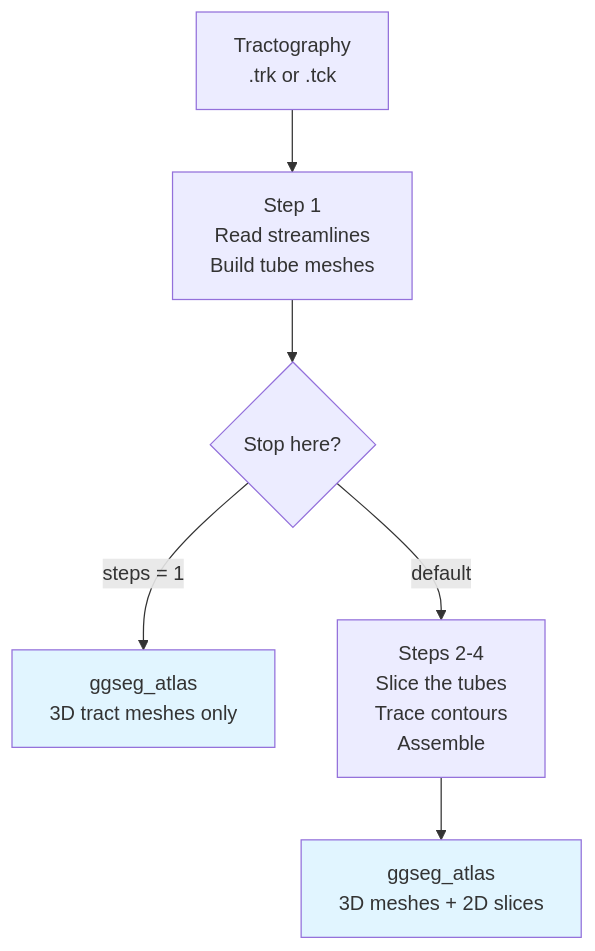
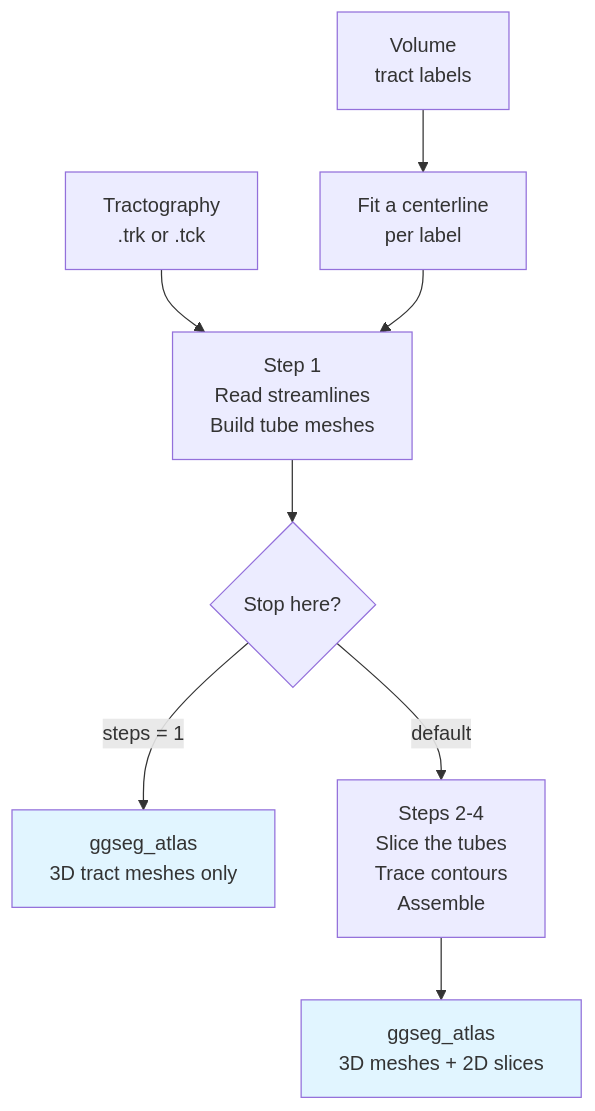
One commit to ggsegverse/ggseg.extra changed the fifth of 6 diagrams in articles/atlas-workflows.md. Above: the diagram before and after it, drawn with Mermaid. The commit also changed other lines of this file and 88 other files, not shown here.

````diff
--- a/articles/atlas-workflows.md
+++ b/articles/atlas-workflows.md
@@ -198,11 +181,13 @@
 ``` mermaid
 flowchart TB
     A[Tractography<br/>.trk or .tck] --> B["Step 1<br/>Read streamlines<br/>Build tube meshes"]
+    V[Volume<br/>tract labels] --> V1[Fit a centerline<br/>per label]
+    V1 --> B
     B --> C{Stop here?}
     C -->|steps = 1| H2[ggseg_atlas<br/>3D tract meshes only]
     C -->|default| S["Steps 2-4<br/>Slice the tubes<br/>Trace contours<br/>Assemble"]
     S --> H[ggseg_atlas<br/>3D meshes + 2D slices]
 
     style H fill:#e1f5ff
     style H2 fill:#e1f5ff
 ```
````
